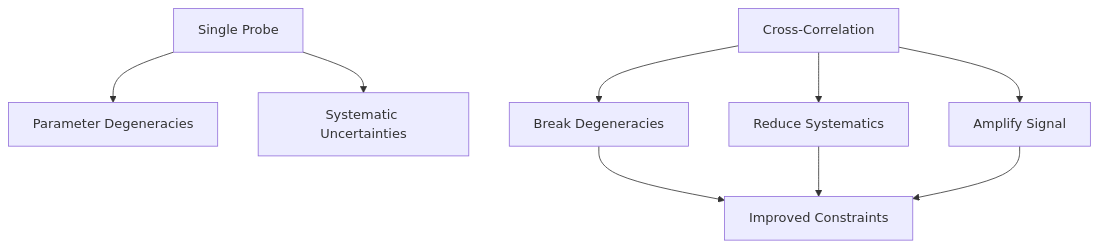
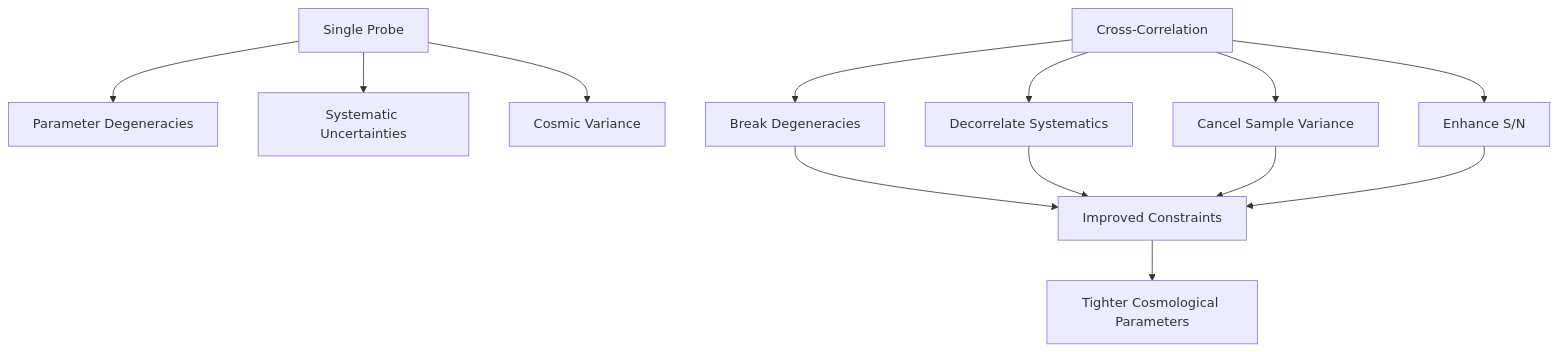
Before and after one commit to Adrita-Khan/Modified-Gravity: the diagram in README.md, drawn with Mermaid.

````diff
--- a/README.md
+++ b/README.md
@@ -23,13 +23,19 @@
 ```mermaid
 graph TD
     A[Single Probe] --> B[Parameter Degeneracies]
     A --> C[Systematic Uncertainties]
+    A --> D[Cosmic Variance]
     
-    D[Cross-Correlation] --> E[Break Degeneracies]
-    D --> F[Reduce Systematics]
-    D --> G[Amplify Signal]
+    E[Cross-Correlation] --> F[Break Degeneracies]
+    E --> G[Decorrelate Systematics]
+    E --> H[Cancel Sample Variance]
+    E --> I[Enhance S/N]
     
-    E --> H[Improved Constraints]
-    F --> H
-    G --> H
+    F --> J[Improved Constraints]
+    G --> J
+    H --> J
+    I --> J
+    
+    J --> K[Tighter Cosmological Parameters]
+
 ```
````
